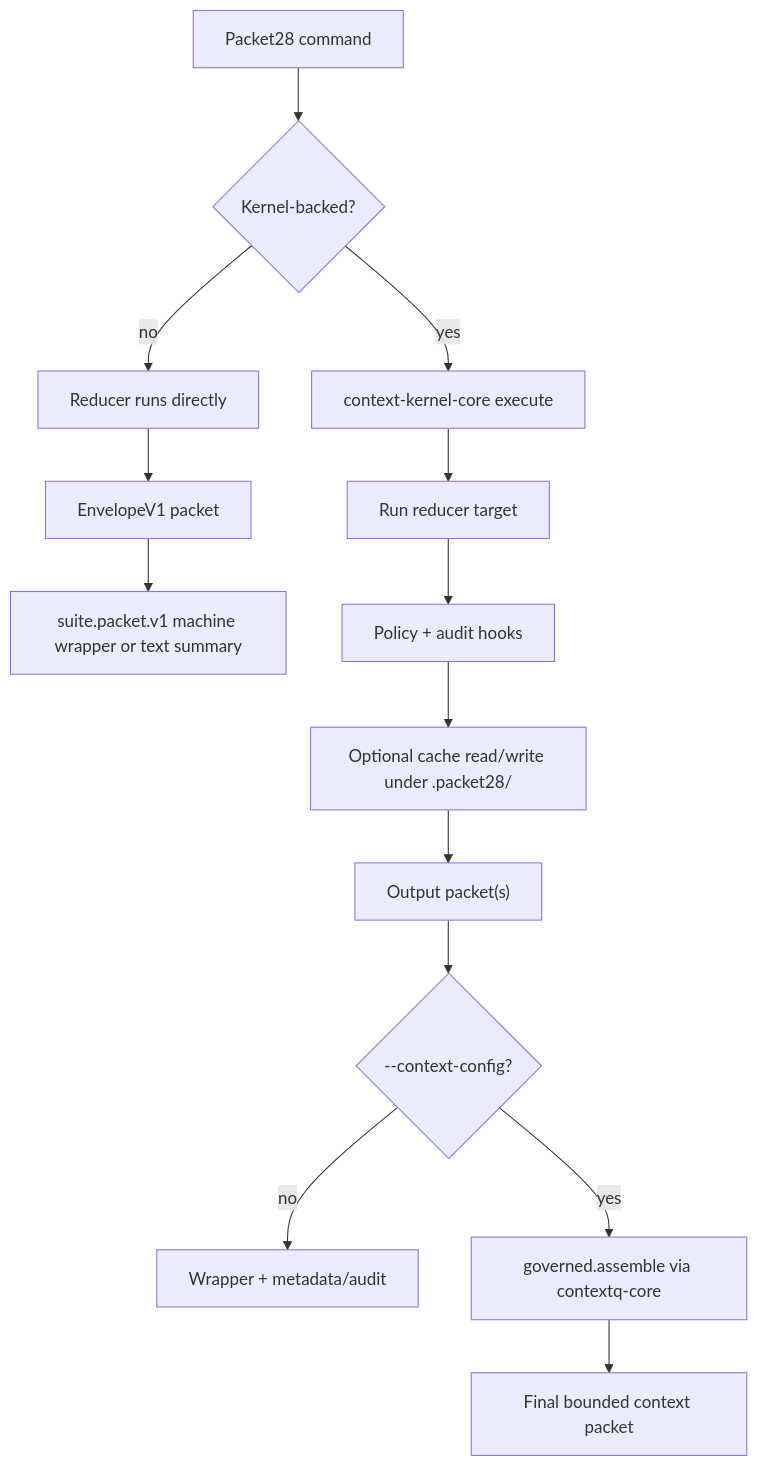
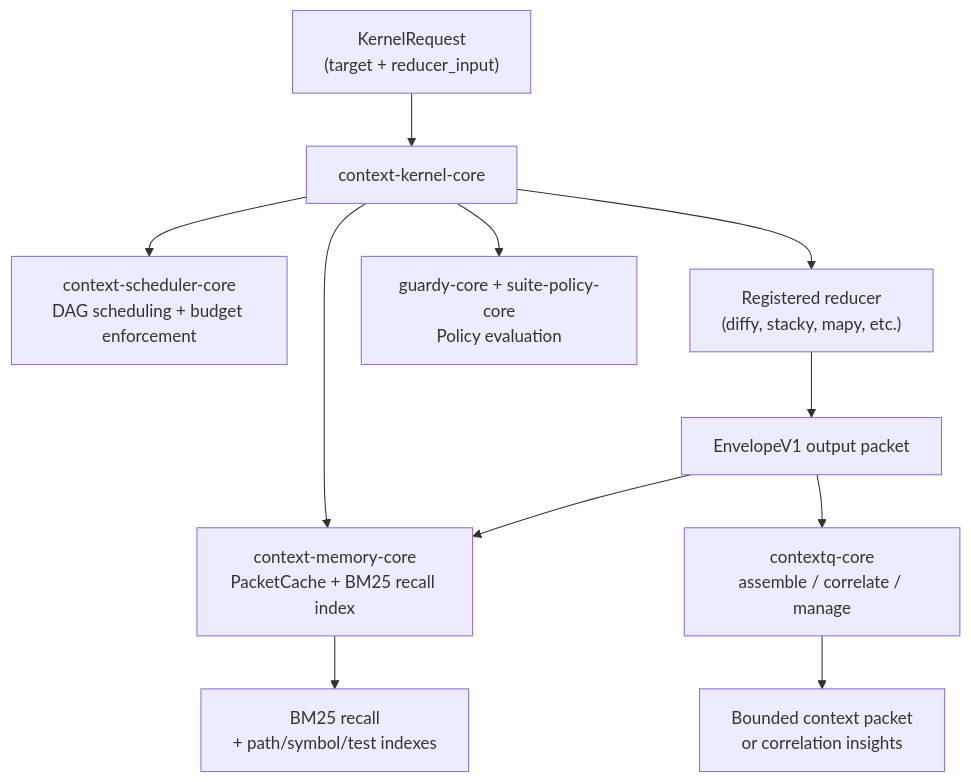
The second of 5 diagrams in README.md (usharma123/Packet28), drawn with Mermaid before and after one commit. The commit also changed other lines of this file, not shown here.

````diff
--- a/README.md
+++ b/README.md
@@ -149,18 +155,16 @@
 ```mermaid
 flowchart TD
-  Cmd["Packet28 command"] --> Mode{"Kernel-backed?"}
+  REQ["KernelRequest\n(target + reducer_input)"] --> KERNEL["context-kernel-core"]
 
-  Mode -->|"no"| Direct["Reducer runs directly"]
-  Direct --> PacketA["EnvelopeV1 packet"]
-  PacketA --> WrapperA["suite.packet.v1 machine wrapper or text summary"]
+  KERNEL --> SCHED["context-scheduler-core\nDAG scheduling + budget enforcement"]
+  KERNEL --> REDUCER["Registered reducer\n(diffy, stacky, mapy, etc.)"]
+  KERNEL --> CACHE["context-memory-core\nPacketCache + BM25 recall index"]
+  KERNEL --> POLICY["guardy-core + suite-policy-core\nPolicy evaluation"]
 
-  Mode -->|"yes"| Kernel["context-kernel-core execute"]
-  Kernel --> Reducer["Run reducer target"]
-  Reducer --> Audit["Policy + audit hooks"]
-  Audit --> Cache["Optional cache read/write under .packet28/"]
-  Cache --> PacketB["Output packet(s)"]
-  PacketB --> Governed{"--context-config?"}
-  Governed -->|"no"| WrapperB["Wrapper + metadata/audit"]
-  Governed -->|"yes"| Assemble["governed.assemble via contextq-core"]
-  Assemble --> WrapperC["Final bounded context packet"]
+  REDUCER --> PACKET["EnvelopeV1 output packet"]
+  PACKET --> CACHE
+  PACKET --> ASSEMBLY["contextq-core\nassemble / correlate / manage"]
+
+  CACHE --> RECALL["BM25 recall\n+ path/symbol/test indexes"]
+  ASSEMBLY --> FINAL["Bounded context packet\nor correlation insights"]
 ```
````
